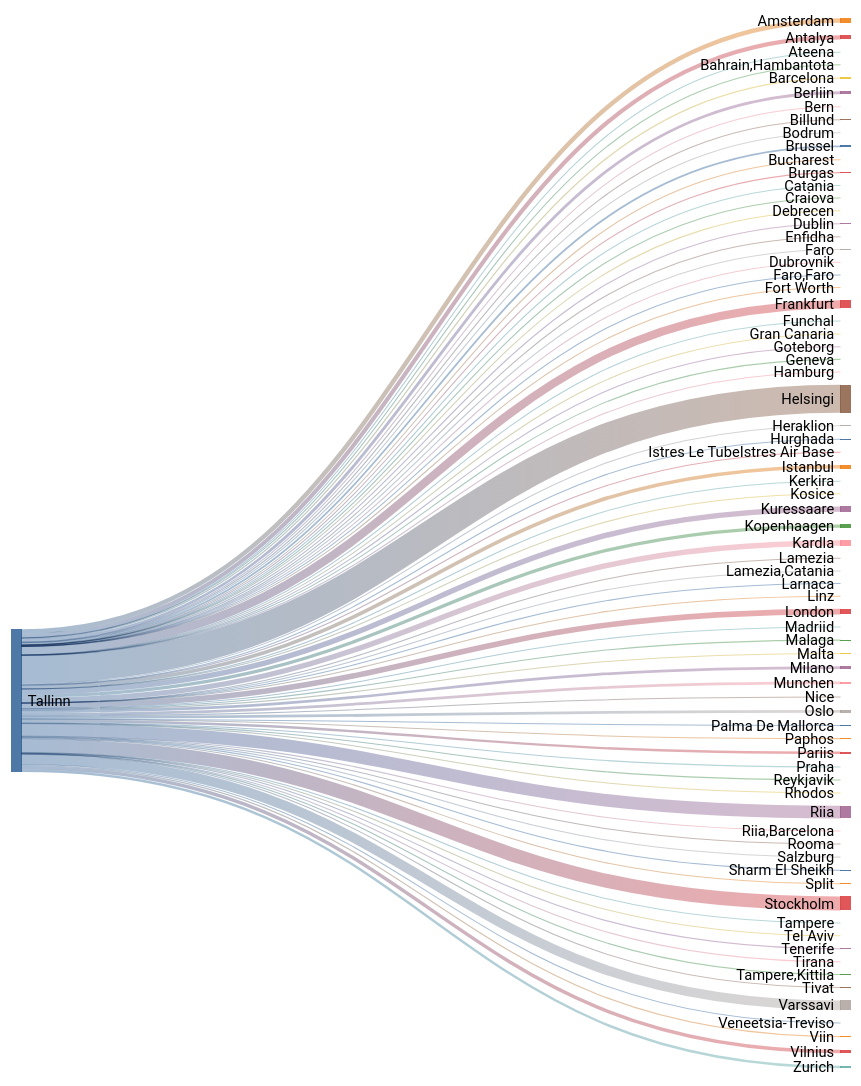
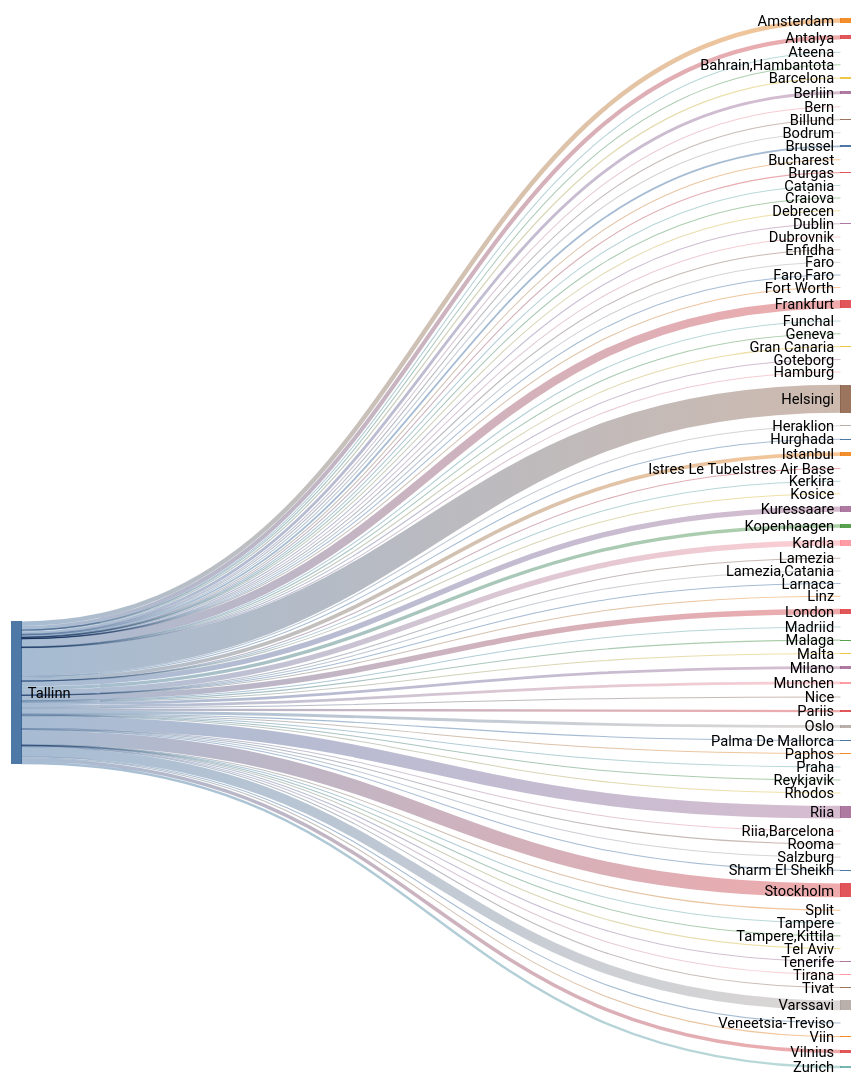
The second of 2 diagrams in README.md (rainermesi/tll-airport-departures), drawn with Mermaid (neutral theme) before and after one commit. The commit also changed other lines of this file and 1 other file, not shown here.

````diff
--- a/README.md
+++ b/README.md
@@ -41,79 +41,79 @@
 ---
 sankey-beta
 %% source,target,value
-Tallinn,Amsterdam,425
-Tallinn,Antalya,396
+Tallinn,Amsterdam,427
+Tallinn,Antalya,397
 Tallinn,Ateena,16
 Tallinn,"Bahrain,Hambantota",1
 Tallinn,Barcelona,119
-Tallinn,Berliin,272
+Tallinn,Berliin,274
 Tallinn,Bern,1
 Tallinn,Billund,69
 Tallinn,Bodrum,11
-Tallinn,Brussel,170
+Tallinn,Brussel,171
 Tallinn,Bucharest,1
 Tallinn,Burgas,47
 Tallinn,Catania,2
 Tallinn,Craiova,1
 Tallinn,Debrecen,1
-Tallinn,Dublin,86
+Tallinn,Dublin,87
 Tallinn,Dubrovnik,21
 Tallinn,Enfidha,7
 Tallinn,Faro,4
 Tallinn,"Faro,Faro",1
 Tallinn,Fort Worth,1
-Tallinn,Frankfurt,792
+Tallinn,Frankfurt,795
 Tallinn,Funchal,5
 Tallinn,Geneva,13
 Tallinn,Gran Canaria,38
 Tallinn,Goteborg,2
 Tallinn,Hamburg,2
-Tallinn,Helsingi,2689
-Tallinn,Heraklion,83
+Tallinn,Helsingi,2698
+Tallinn,Heraklion,84
 Tallinn,Hurghada,75
-Tallinn,Istanbul,352
+Tallinn,Istanbul,353
 Tallinn,Istres Le TubeIstres Air Base,2
 Tallinn,Kerkira,4
-Tallinn,Kopenhaagen,322
+Tallinn,Kopenhaagen,323
 Tallinn,Kosice,1
-Tallinn,Kuressaare,512
-Tallinn,Kardla,512
+Tallinn,Kuressaare,513
+Tallinn,Kardla,513
 Tallinn,Lamezia,1
 Tallinn,"Lamezia,Catania",3
 Tallinn,Larnaca,4
 Tallinn,Linz,2
-Tallinn,London,532
-Tallinn,Madriid,1
+Tallinn,London,534
+Tallinn,Madriid,2
 Tallinn,Malaga,107
 Tallinn,Malta,25
-Tallinn,Milano,263
-Tallinn,Munchen,263
-Tallinn,Nice,43
-Tallinn,Oslo,274
+Tallinn,Milano,264
+Tallinn,Munchen,265
+Tallinn,Nice,44
+Tallinn,Oslo,276
 Tallinn,Palma De Mallorca,29
 Tallinn,Paphos,66
-Tallinn,Pariis,228
-Tallinn,Praha,73
+Tallinn,Pariis,229
+Tallinn,Praha,74
 Tallinn,Reykjavik,12
 Tallinn,Rhodos,51
-Tallinn,Riia,1206
+Tallinn,Riia,1210
 Tallinn,"Riia,Barcelona",1
 Tallinn,Rooma,80
 Tallinn,Salzburg,14
 Tallinn,Sharm El Sheikh,99
-Tallinn,Split,44
-Tallinn,Stockholm,1329
+Tallinn,Split,45
+Tallinn,Stockholm,1333
 Tallinn,Tampere,17
 Tallinn,"Tampere,Kittila",21
 Tallinn,Tel Aviv,2
 Tallinn,Tenerife,58
 Tallinn,Tirana,25
-Tallinn,Tivat,53
-Tallinn,Varssavi,926
+Tallinn,Tivat,54
+Tallinn,Varssavi,930
 Tallinn,Veneetsia-Treviso,67
 Tallinn,Viin,106
-Tallinn,Vilnius,332
-Tallinn,Zurich,234
+Tallinn,Vilnius,333
+Tallinn,Zurich,235
 
 
 ```
````
